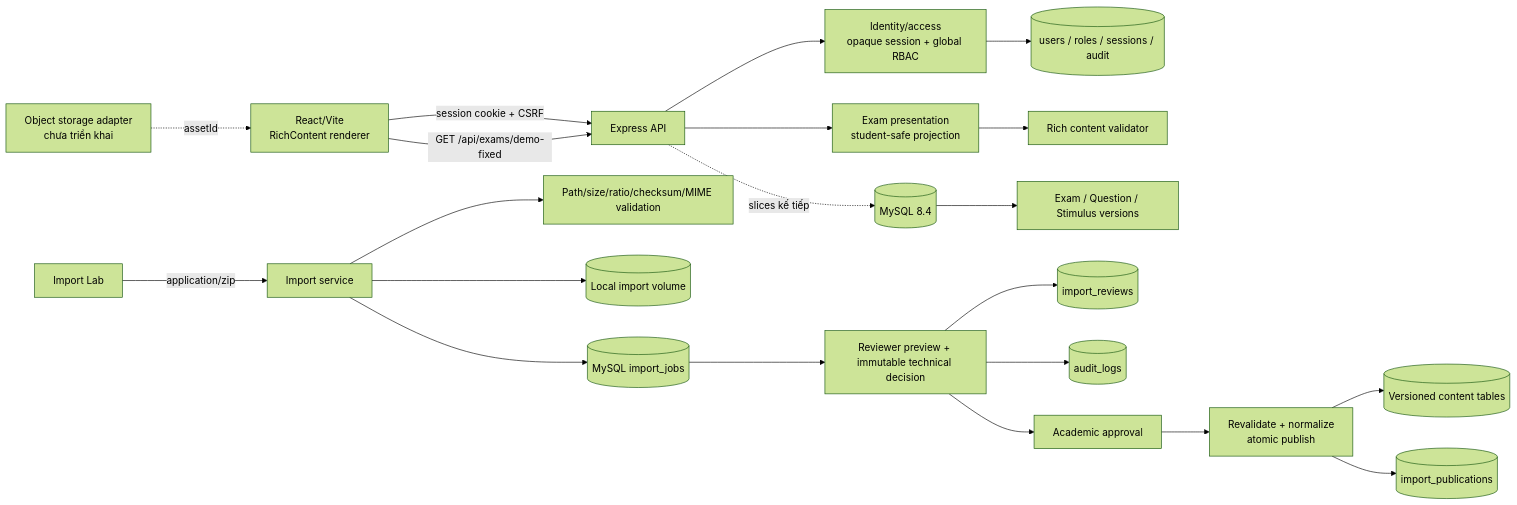
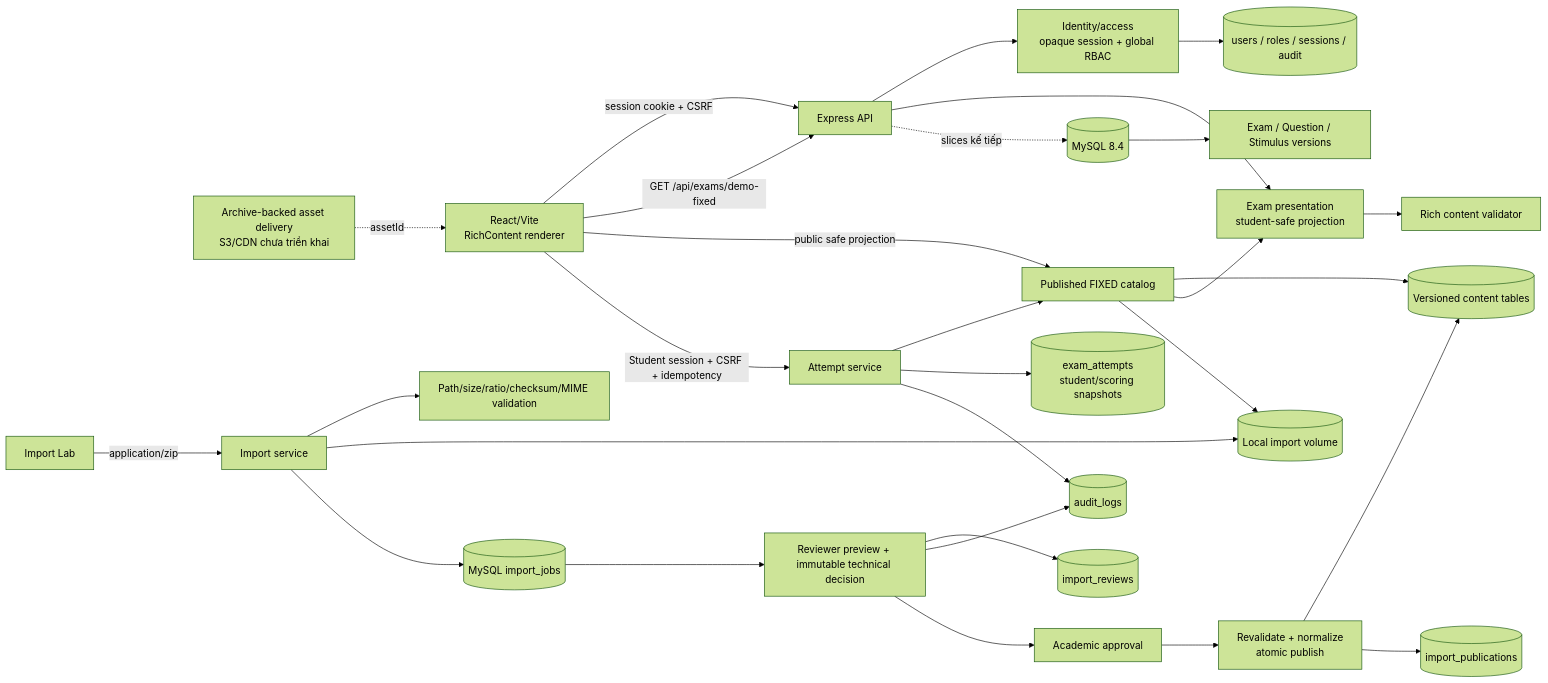
The diagram in docs/ARCHITECTURE.md (Datkoishi/martinlearningsystems), drawn with Mermaid (forest theme) before and after one commit. The commit also changed other lines of this file and 38 other files, not shown here.

Commit message:
feat(player): add published exam attempt snapshots

````diff
--- a/docs/ARCHITECTURE.md
+++ b/docs/ARCHITECTURE.md
@@ -5,23 +5,31 @@
 ```mermaid
 flowchart LR
   UI[React/Vite\nRichContent renderer] -->|session cookie + CSRF| API[Express API]
   API --> Identity[Identity/access\nopaque session + global RBAC]
   Identity --> IdentityDB[(users / roles / sessions / audit)]
   UI -->|GET /api/exams/demo-fixed| API
   API --> Present[Exam presentation\nstudent-safe projection]
   Present --> Validate[Rich content validator]
   API -. slices kế tiếp .-> DB[(MySQL 8.4)]
   DB --> Versions[Exam / Question / Stimulus versions]
-  Assets[Object storage adapter\nchưa triển khai] -. assetId .-> UI
+  Assets[Archive-backed asset delivery\nS3/CDN chưa triển khai] -. assetId .-> UI
   Lab[Import Lab] -->|application/zip| Import[Import service]
   Import --> SafeZip[Path/size/ratio/checksum/MIME validation]
   Import --> Store[(Local import volume)]
   Import --> Jobs[(MySQL import_jobs)]
   Jobs --> Review[Reviewer preview + immutable technical decision]
   Review --> ReviewAudit[(import_reviews)]
   Review --> Audit[(audit_logs)]
   Review --> Academic[Academic approval]
   Academic --> Publish[Revalidate + normalize\natomic publish]
   Publish --> Catalog[(Versioned content tables)]
   Publish --> Publication[(import_publications)]
+  UI -->|public safe projection| CatalogAPI[Published FIXED catalog]
+  CatalogAPI --> Catalog
+  CatalogAPI --> Present
+  CatalogAPI --> Store
+  UI -->|Student session + CSRF + idempotency| Attempt[Attempt service]
+  Attempt --> CatalogAPI
+  Attempt --> AttemptDB[(exam_attempts\nstudent/scoring snapshots)]
+  Attempt --> Audit
 ```
````
